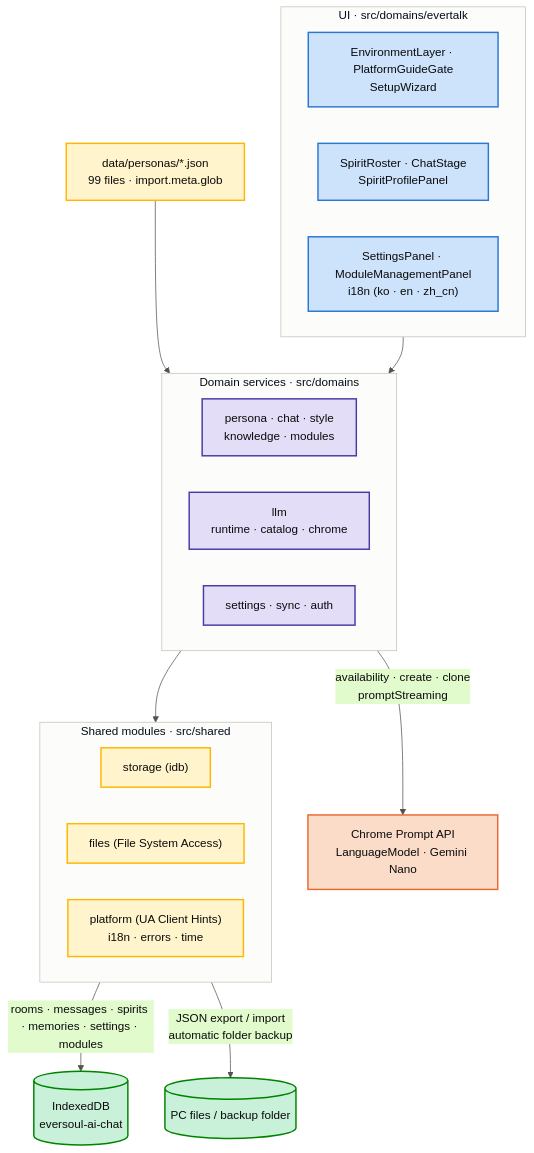
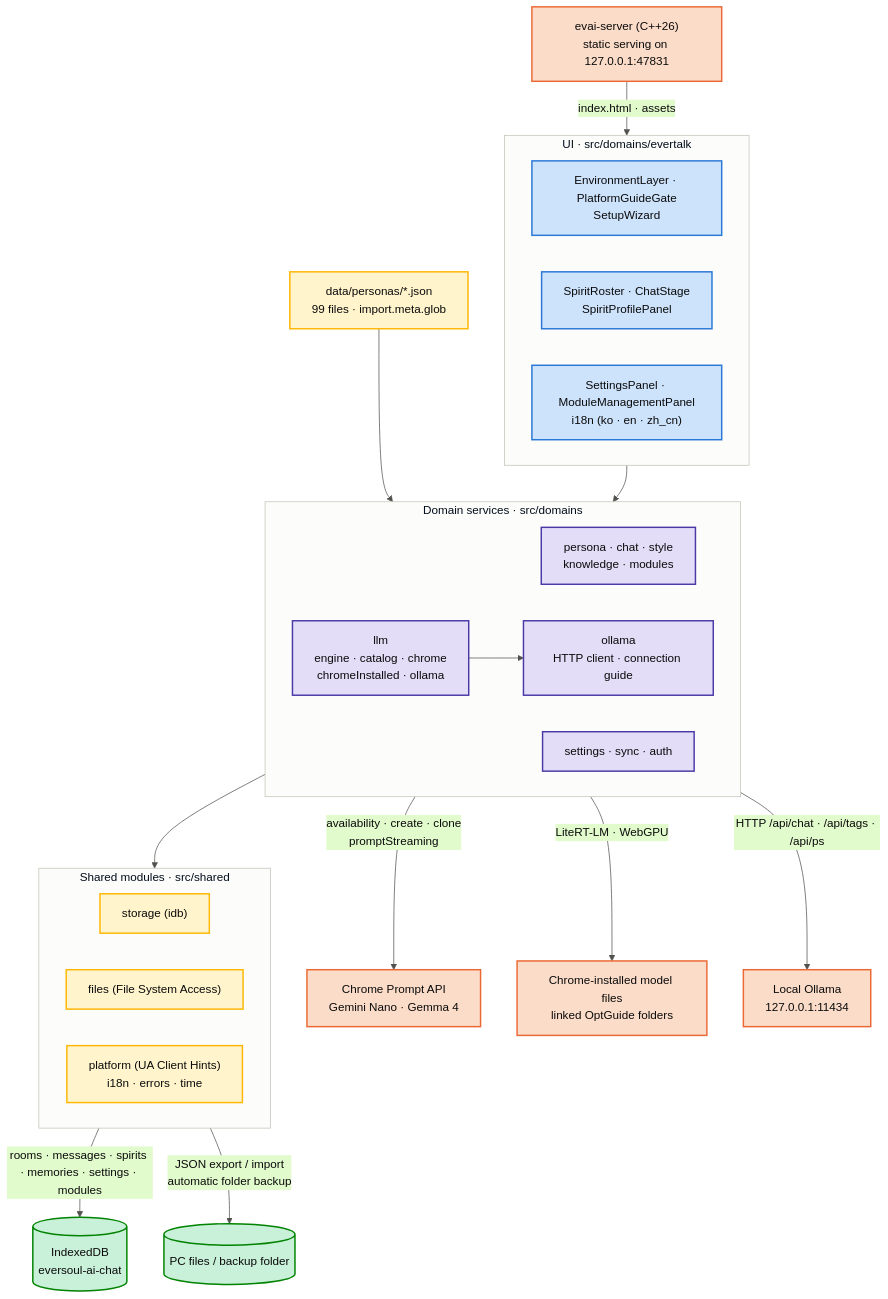
The diagram in README.en.md (GarnetRapture/evai), drawn with Mermaid before and after one commit. The commit also changed other lines of this file and 37 other files, not shown here.

First line of the commit message:
v0.0.4: Ollama engine, local server launcher, CI per OS

````diff
--- a/README.en.md
+++ b/README.en.md
@@ -235,43 +259,48 @@
 ```mermaid
 %%{init: {'theme': 'base', 'themeVariables': {'primaryColor': '#cde2fb', 'primaryBorderColor': '#2a78d6', 'primaryTextColor': '#0b0b0b', 'lineColor': '#52514e', 'clusterBkg': '#fcfcfb', 'clusterBorder': '#c3c2b7', 'fontFamily': 'system-ui, -apple-system, Segoe UI, sans-serif'}}}%%
 flowchart TB
     subgraph UI["UI · src/domains/evertalk"]
         direction LR
         UI1["EnvironmentLayer · PlatformGuideGate<br/>SetupWizard"]
         UI2["SpiritRoster · ChatStage<br/>SpiritProfilePanel"]
         UI3["SettingsPanel · ModuleManagementPanel<br/>i18n (ko · en · zh_cn)"]
     end
 
     subgraph DOMAIN["Domain services · src/domains"]
         direction LR
         D1["persona · chat · style<br/>knowledge · modules"]
-        D2["llm<br/>runtime · catalog · chrome"]
+        D2["llm<br/>engine · catalog · chrome<br/>chromeInstalled · ollama"]
         D3["settings · sync · auth"]
+        D4["ollama<br/>HTTP client · connection guide"]
     end
 
     subgraph SHARED["Shared modules · src/shared"]
         direction LR
         S1["storage (idb)"]
         S2["files (File System Access)"]
         S3["platform (UA Client Hints)<br/>i18n · errors · time"]
     end
 
     UI --> DOMAIN
     DOMAIN --> SHARED
     PACK["data/personas/*.json<br/>99 files · import.meta.glob"] --> D1
     S1 -- "rooms · messages · spirits · memories · settings · modules" --> DB[("IndexedDB<br/>eversoul-ai-chat")]
     S2 -- "JSON export / import<br/>automatic folder backup" --> PC[("PC files / backup folder")]
-    D2 -- "availability · create · clone<br/>promptStreaming" --> LLM["Chrome Prompt API<br/>LanguageModel · Gemini Nano"]
+    D2 -- "availability · create · clone<br/>promptStreaming" --> LLM["Chrome Prompt API<br/>Gemini Nano · Gemma 4"]
+    D2 -- "LiteRT-LM · WebGPU" --> CHROMEFILE["Chrome-installed model files<br/>linked OptGuide folders"]
+    D2 --> D4
+    D4 -- "HTTP /api/chat · /api/tags · /api/ps" --> OLLAMA["Local Ollama<br/>127.0.0.1:11434"]
+    SERVER["evai-server (C++26)<br/>static serving on 127.0.0.1:47831"] -- "index.html · assets" --> UI
 
     classDef uiStyle fill:#cde2fb,stroke:#2a78d6,stroke-width:2px,color:#0b0b0b
     classDef domainStyle fill:#e3ddf7,stroke:#4a3aa7,stroke-width:2px,color:#0b0b0b
     classDef sharedStyle fill:#fff4cc,stroke:#ffb703,stroke-width:2px,color:#0b0b0b
     classDef dbStyle fill:#c9f0d8,stroke:#008300,stroke-width:2px,color:#0b0b0b
     classDef llmStyle fill:#fbdcc9,stroke:#eb6834,stroke-width:2px,color:#0b0b0b
 
     class UI1,UI2,UI3 uiStyle
-    class D1,D2,D3 domainStyle
+    class D1,D2,D3,D4 domainStyle
     class S1,S2,S3,PACK sharedStyle
     class DB,PC dbStyle
-    class LLM llmStyle
+    class LLM,CHROMEFILE,OLLAMA,SERVER llmStyle
 ```
````
